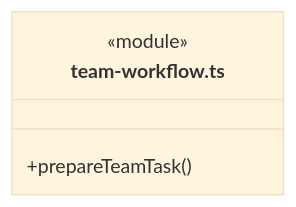
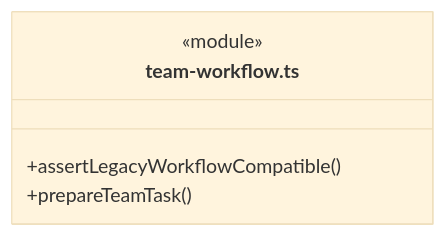
The fifth of 8 diagrams in src/backend/scheduler-engine/context/ARCHITECTURE.md (nan023062/cbim), drawn with Mermaid (base theme) before and after one commit. The commit also changed other lines of this file and 51 other files, not shown here.

````diff
--- a/src/backend/scheduler-engine/context/ARCHITECTURE.md
+++ b/src/backend/scheduler-engine/context/ARCHITECTURE.md
@@ -74,7 +74,8 @@
 ```mermaid
 classDiagram
 class N_src_backend_scheduler_engine_context_team_workflow_ts["team-workflow.ts"] {
   <<module>>
+  +assertLegacyWorkflowCompatible()
   +prepareTeamTask()
 }
 ```
````
